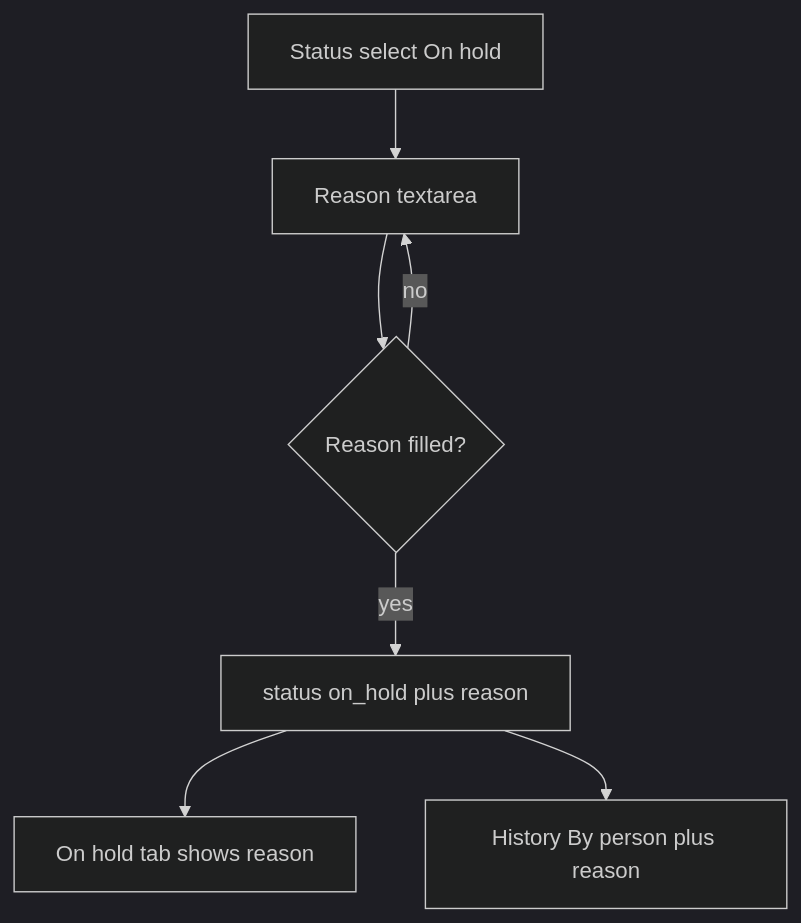
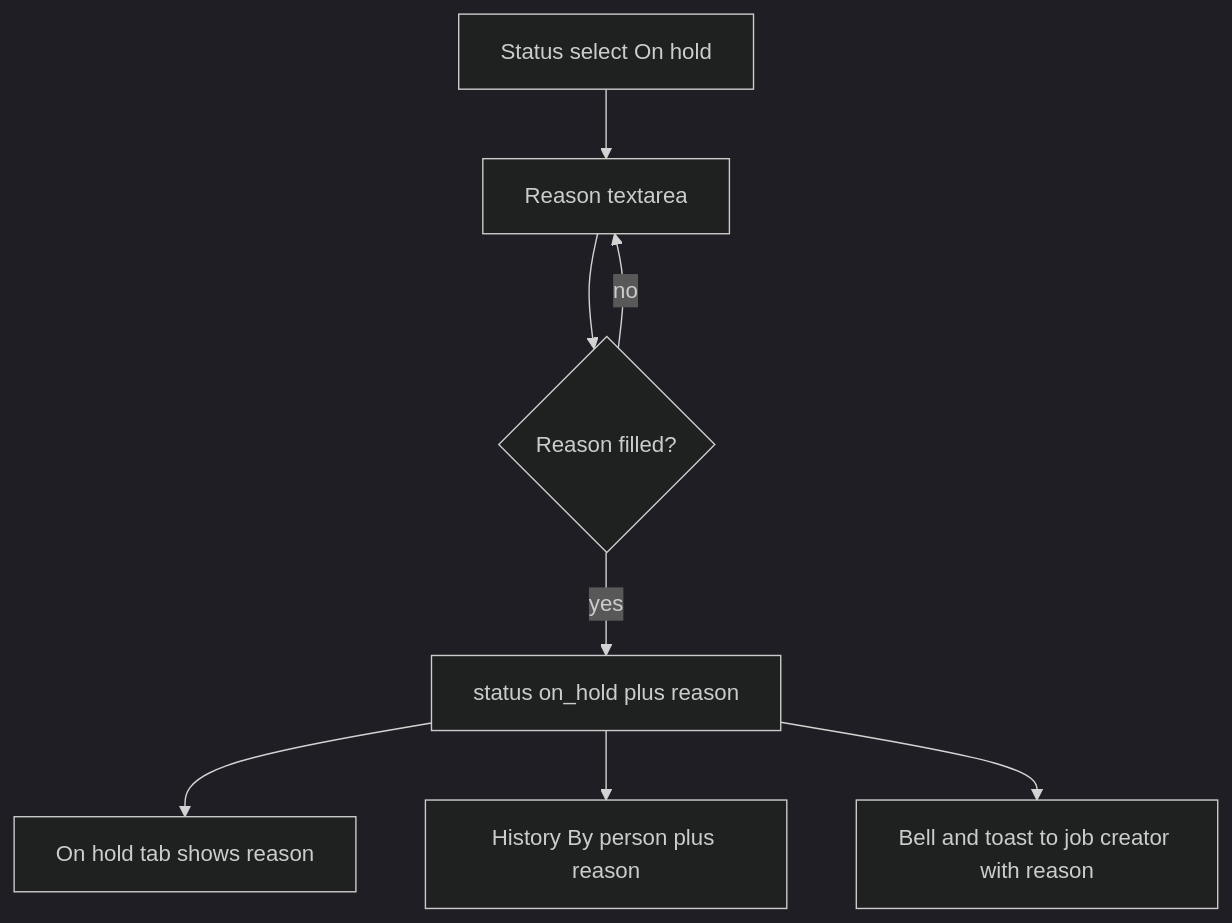
Diagram 23 of 55 in docs/FLOWCHARTS.md (Mayur8291/Printing-Tracker), drawn with Mermaid (dark theme) before and after one commit. The commit also changed other lines of this file and 15 other files, not shown here.

First line of the commit message:
feat(orders): alert the job creator when a job is put on hold

````diff
--- a/docs/FLOWCHARTS.md
+++ b/docs/FLOWCHARTS.md
@@ -327,9 +329,10 @@
 ```mermaid
 flowchart TD
   Status[Status select On hold] --> Reason[Reason textarea]
   Reason --> Empty{Reason filled?}
   Empty -->|no| Reason
   Empty -->|yes| Save[status on_hold plus reason]
   Save --> Tab[On hold tab shows reason]
   Save --> Hist[History By person plus reason]
+  Save --> Alert[Bell and toast to job creator with reason]
 ```
````
